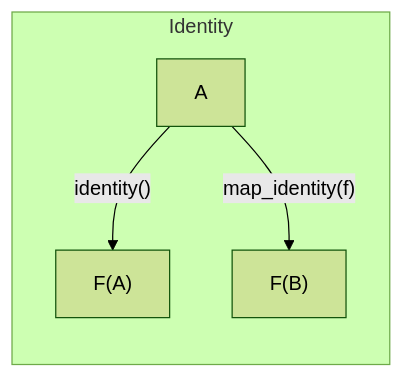
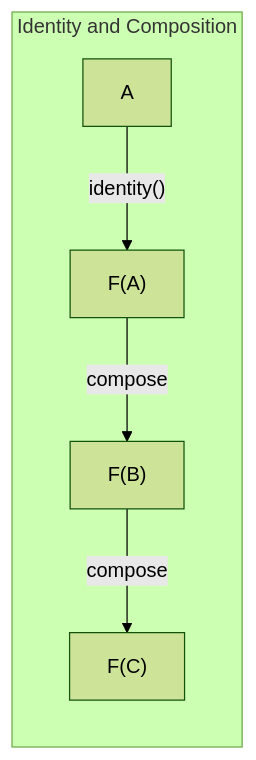
One commit to but212/rustica changed the third of 11 diagrams in docs/category_theory.md. Above: the diagram before and after it, drawn with Mermaid (forest theme). The commit also changed other lines of this file and 45 other files, not shown here.

````diff
--- a/docs/category_theory.md
+++ b/docs/category_theory.md
@@ -55,7 +108,8 @@
 ```mermaid
 flowchart LR
-    subgraph Identity
-        A["A"] --> |"identity()"| FA["F(A)"]
-        A --> |"map_identity(f)"| FB["F(B)"]
+    subgraph "Identity and Composition"
+        A["A"] -->|"identity()"| FA["F(A)"]
+        FA -->|"compose"| FB["F(B)"]
+        FB -->|"compose"| FC["F(C)"]
     end
 ```
````
